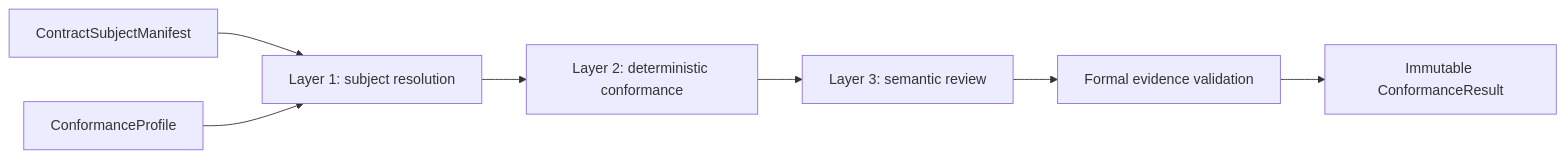
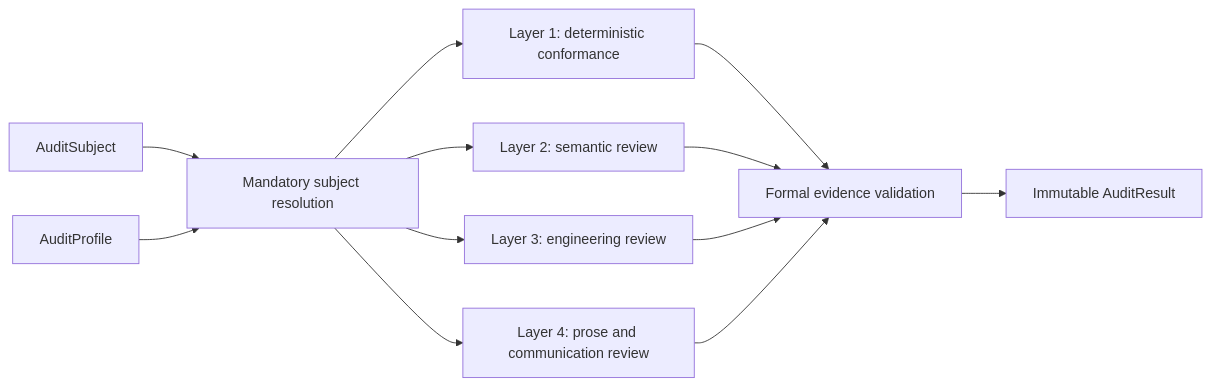
Before and after one commit to bobaoai/agent_runtime: the diagram in .agents/skills/the-contract-audit/SKILL.md, drawn with Mermaid. The commit also changed other lines of this file and 120 other files, not shown here.

````diff
--- a/.agents/skills/the-contract-audit/SKILL.md
+++ b/.agents/skills/the-contract-audit/SKILL.md
@@ -91,9 +119,11 @@
 ```mermaid
 flowchart LR
-    MANIFEST["ContractSubjectManifest"] --> L1["Layer 1: subject resolution"]
-    PROFILE["ConformanceProfile"] --> L1
-    L1 --> L2["Layer 2: deterministic conformance"]
-    L2 --> L3["Layer 3: semantic review"]
-    L3 --> EV["Formal evidence validation"]
-    EV --> RESULT["Immutable ConformanceResult"]
+    SUBJECT["AuditSubject"] --> RESOLVE["Mandatory subject resolution"]
+    PROFILE["AuditProfile"] --> RESOLVE
+    RESOLVE --> DET["Layer 1: deterministic conformance"]
+    RESOLVE --> SEM["Layer 2: semantic review"]
+    RESOLVE --> ENG["Layer 3: engineering review"]
+    RESOLVE --> PROSE["Layer 4: prose and communication review"]
+    DET & SEM & ENG & PROSE --> EV["Formal evidence validation"]
+    EV --> RESULT["Immutable AuditResult"]
 ```
````
